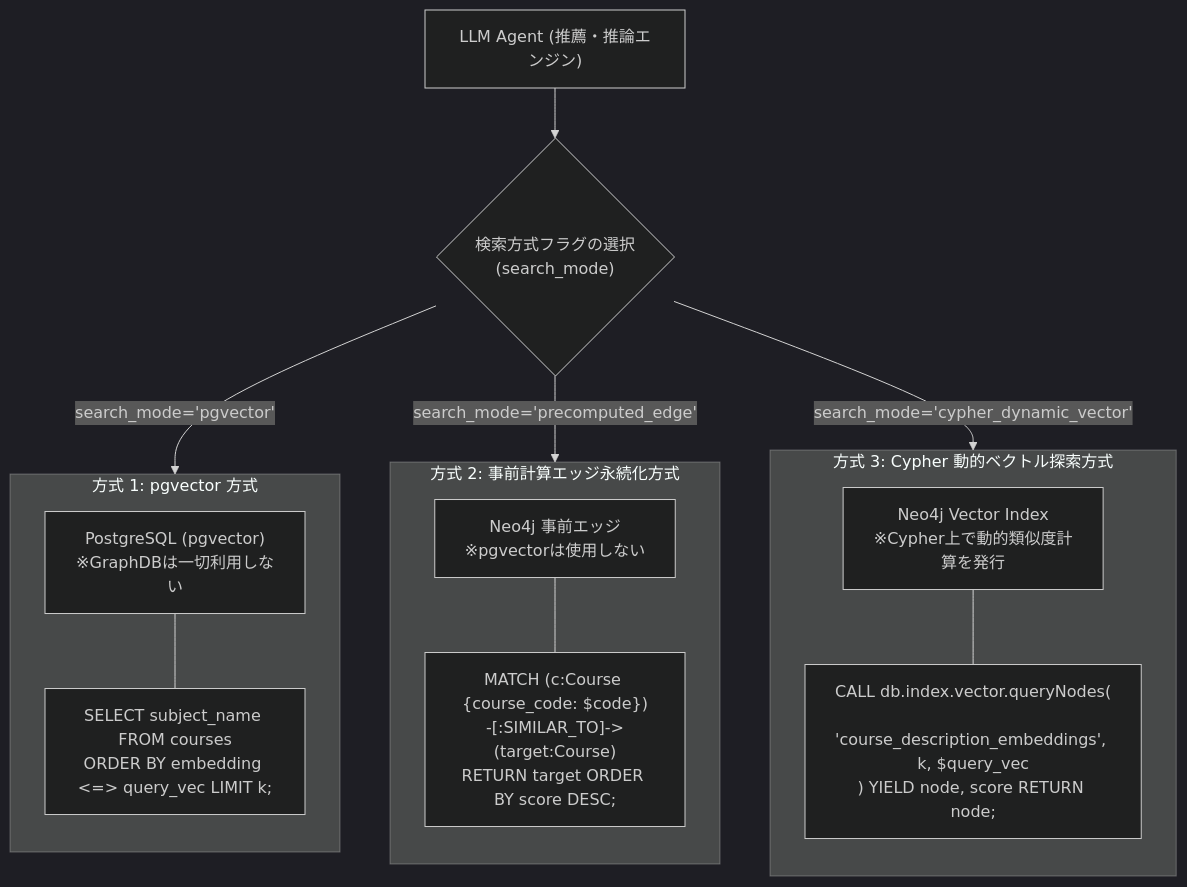
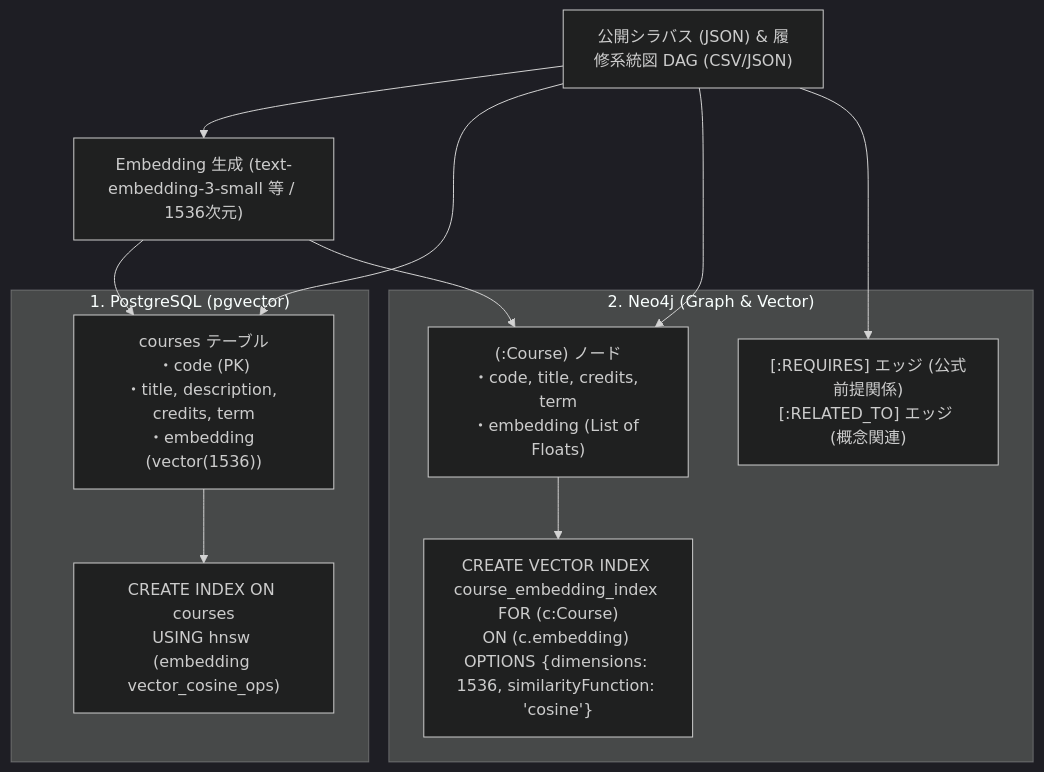
One commit to cyanosome/course-navigator changed the first of 3 diagrams in docs/long_term_ingestion_plan.md. Above: the diagram before and after it, drawn with Mermaid (dark theme). The commit also changed other lines of this file, not shown here.

````diff
--- a/docs/long_term_ingestion_plan.md
+++ b/docs/long_term_ingestion_plan.md
@@ -77,31 +32,27 @@
 ```mermaid
 flowchart TD
-    Agent["LLM Agent (推薦・推論エンジン)"]
-    Flag{"検索方式フラグの選択<br/>(search_mode)"}
-    Agent --> Flag
-
-    subgraph Mode1["方式 1: pgvector 方式"]
-        direction TB
-        PGV["PostgreSQL (pgvector)<br/>※GraphDBは一切利用しない"]
-        PGV_Q["SELECT subject_name FROM courses<br/>ORDER BY embedding <=> query_vec LIMIT k;"]
-        PGV --- PGV_Q
+    RawData["公開シラバス (JSON) & 履修系統図 DAG (CSV/JSON)"]
+    Embed["Embedding 生成 (text-embedding-3-small 等 / 1536次元)"]
+    
+    RawData --> Embed
+    
+    subgraph PostgresSetup["1. PostgreSQL (pgvector)"]
+        PG_Table["courses テーブル<br/>・code (PK)<br/>・title, description, credits, term<br/>・embedding (vector(1536))"]
+        PG_Index["CREATE INDEX ON courses<br/>USING hnsw (embedding vector_cosine_ops)"]
     end
-
-    subgraph Mode2["方式 2: 事前計算エッジ永続化方式"]
-        direction TB
-        PRE["Neo4j 事前エッジ<br/>※pgvectorは使用しない"]
-        PRE_Q["MATCH (c:Course {course_code: $code})<br/>-[:SIMILAR_TO]->(target:Course)<br/>RETURN target ORDER BY score DESC;"]
-        PRE --- PRE_Q
+    
+    subgraph Neo4jSetup["2. Neo4j (Graph & Vector)"]
+        N4J_Nodes["(:Course) ノード<br/>・code, title, credits, term<br/>・embedding (List of Floats)"]
+        N4J_Edges["[:REQUIRES] エッジ (公式前提関係)<br/>[:RELATED_TO] エッジ (概念関連)"]
+        N4J_Index["CREATE VECTOR INDEX course_embedding_index FOR (c:Course)<br/>ON (c.embedding) OPTIONS {dimensions: 1536, similarityFunction: 'cosine'}"]
     end
-
-    subgraph Mode3["方式 3: Cypher 動的ベクトル探索方式"]
-        direction TB
-        DYN["Neo4j Vector Index<br/>※Cypher上で動的類似度計算を発行"]
-        DYN_Q["CALL db.index.vector.queryNodes(<br/>  'course_description_embeddings', k, $query_vec<br/>) YIELD node, score RETURN node;"]
-        DYN --- DYN_Q
-    end
-
-    Flag -->|"search_mode='pgvector'"| Mode1
-    Flag -->|"search_mode='precomputed_edge'"| Mode2
-    Flag -->|"search_mode='cypher_dynamic_vector'"| Mode3
+    
+    RawData --> PG_Table
+    Embed --> PG_Table
+    PG_Table --> PG_Index
+    
+    RawData --> N4J_Nodes
+    RawData --> N4J_Edges
+    Embed --> N4J_Nodes
+    N4J_Nodes --> N4J_Index
 ```
````
